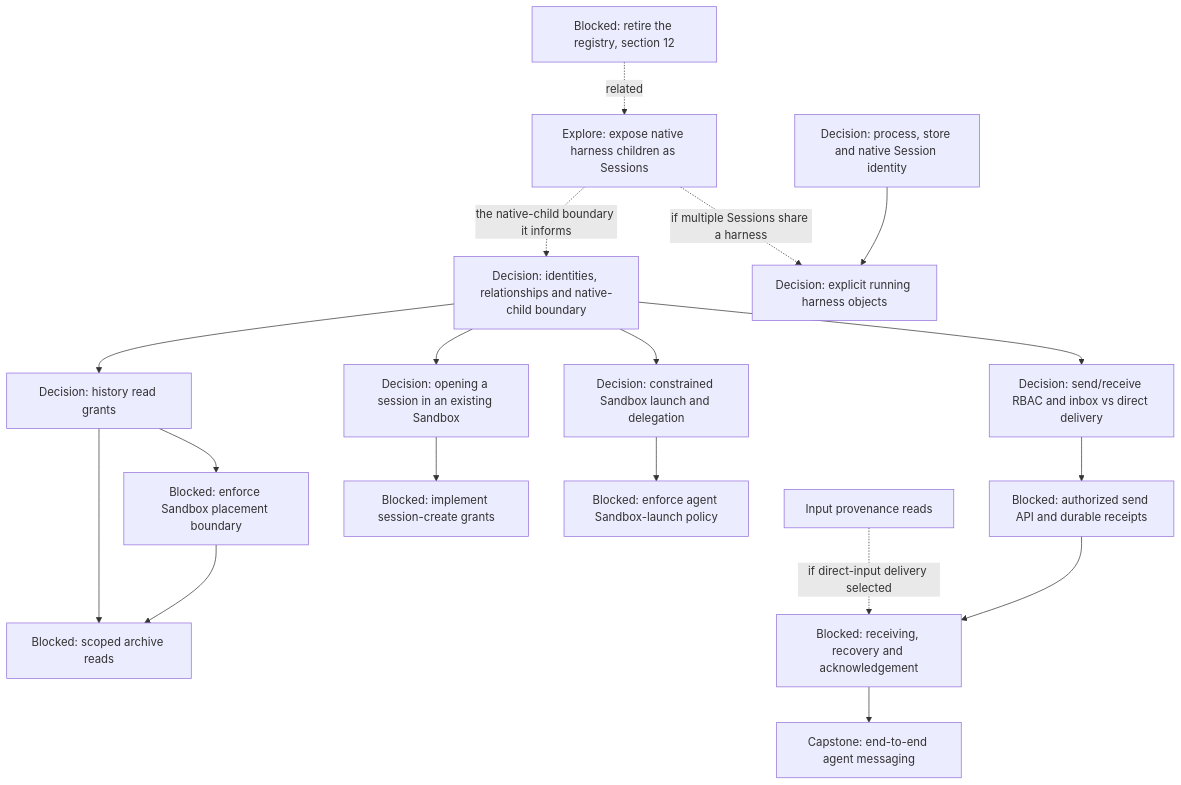
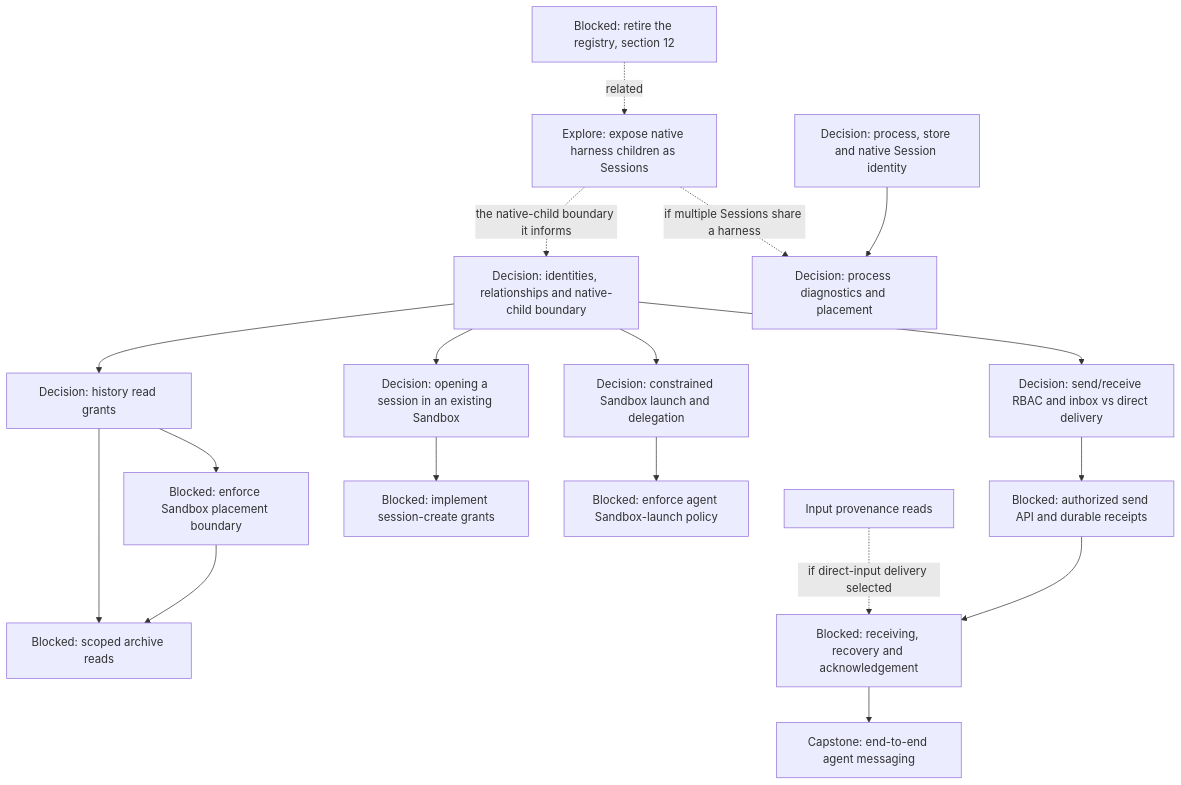
The fifth of 17 diagrams in agentplane/plans/task_dag.md (agentydragon/ducktape), drawn with Mermaid before and after one commit. The commit also changed other lines of this file and 1 other file, not shown here.

````diff
--- a/agentplane/plans/task_dag.md
+++ b/agentplane/plans/task_dag.md
@@ -210,35 +210,35 @@
 ```mermaid
 flowchart TD
     MULTIAGENT_MODEL[Decision: identities, relationships and native-child boundary]
     THREAD_READ_POLICY_DESIGN[Decision: history read grants]
     SANDBOX_COMPARTMENT_BOUNDARY[Blocked: enforce Sandbox placement boundary]
     THREAD_READ_POLICY[Blocked: scoped archive reads]
     AGENT_MESSAGING_DESIGN[Decision: send/receive RBAC and inbox vs direct delivery]
     AGENT_MESSAGE_INGRESS[Blocked: authorized send API and durable receipts]
     AGENT_MESSAGE_RECEPTION[Blocked: receiving, recovery and acknowledgement]
     AGENT_MESSAGING[Capstone: end-to-end agent messaging]
     THREAD_CREATE_POLICY[Decision: opening a session in an existing Sandbox]
     THREAD_CREATE_AUTHORIZATION[Blocked: implement session-create grants]
     AGENT_LAUNCH_POLICY_DESIGN[Decision: constrained Sandbox launch and delegation]
     AGENT_SANDBOX_LAUNCH[Blocked: enforce agent Sandbox-launch policy]
     MULTIAGENT_MODEL --> THREAD_READ_POLICY_DESIGN
     MULTIAGENT_MODEL --> AGENT_MESSAGING_DESIGN
     MULTIAGENT_MODEL --> THREAD_CREATE_POLICY
     MULTIAGENT_MODEL --> AGENT_LAUNCH_POLICY_DESIGN
     THREAD_READ_POLICY_DESIGN --> SANDBOX_COMPARTMENT_BOUNDARY
     THREAD_READ_POLICY_DESIGN --> THREAD_READ_POLICY
     SANDBOX_COMPARTMENT_BOUNDARY --> THREAD_READ_POLICY
     AGENT_MESSAGING_DESIGN --> AGENT_MESSAGE_INGRESS
     SESSION_INPUT_METADATA_READ[Input provenance reads] -. if direct-input delivery selected .-> AGENT_MESSAGE_RECEPTION
     AGENT_MESSAGE_INGRESS --> AGENT_MESSAGE_RECEPTION
     AGENT_MESSAGE_RECEPTION --> AGENT_MESSAGING
     THREAD_CREATE_POLICY --> THREAD_CREATE_AUTHORIZATION
     AGENT_LAUNCH_POLICY_DESIGN --> AGENT_SANDBOX_LAUNCH
     NATIVE_SUBAGENT_EXPOSURE[Explore: expose native harness children as Sessions]
-    RUNNER_HARNESS_OBJECTS_DESIGN[Decision: explicit running harness objects]
+    RUNNER_HARNESS_OBJECTS_DESIGN[Decision: process diagnostics and placement]
     HARNESS_IDENTITY_DESIGN[Decision: process, store and native Session identity]
     NATIVE_SUBAGENT_EXPOSURE -. if multiple Sessions share a harness .-> RUNNER_HARNESS_OBJECTS_DESIGN
     NATIVE_SUBAGENT_EXPOSURE -. the native-child boundary it informs .-> MULTIAGENT_MODEL
     HARNESS_IDENTITY_DESIGN --> RUNNER_HARNESS_OBJECTS_DESIGN
     GATEWAY_SESSION_REGISTRY_RETIRE[Blocked: retire the registry, section 12] -. related .-> NATIVE_SUBAGENT_EXPOSURE
 ```
````
